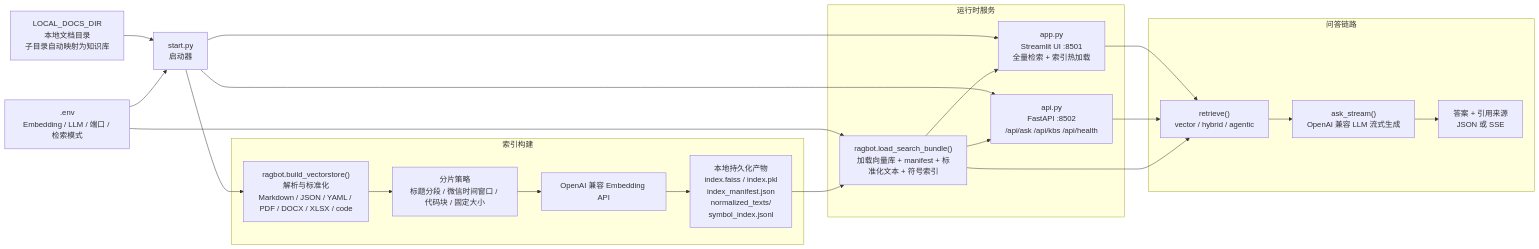
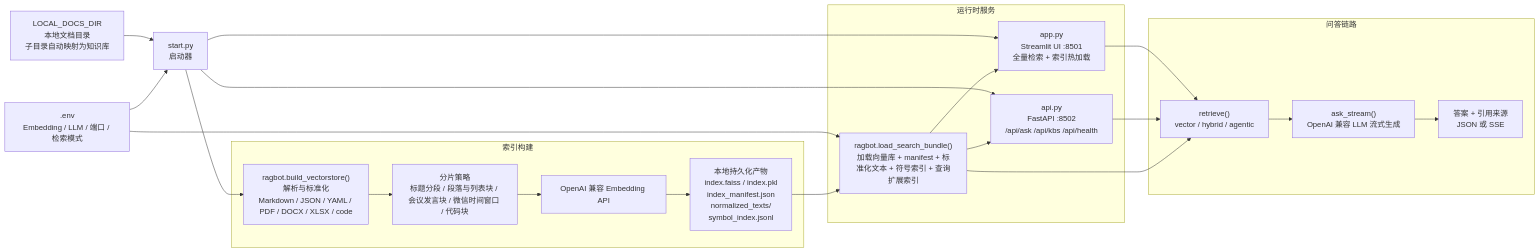
The first of 2 diagrams in README.zh-CN.md (yahuo/OpenCortex), drawn with Mermaid before and after one commit. The commit also changed other lines of this file and 12 other files, not shown here.

````diff
--- a/README.zh-CN.md
+++ b/README.zh-CN.md
@@ -32,37 +32,37 @@
 ```mermaid
 flowchart LR
     Docs["LOCAL_DOCS_DIR<br/>本地文档目录<br/>子目录自动映射为知识库"] --> Start["start.py<br/>启动器"]
     Env[".env<br/>Embedding / LLM / 端口 / 检索模式"] --> Start
 
     subgraph Build["索引构建"]
         Parse["ragbot.build_vectorstore()<br/>解析与标准化<br/>Markdown / JSON / YAML / PDF / DOCX / XLSX / code"]
-        Chunk["分片策略<br/>标题分段 / 微信时间窗口 / 代码块 / 固定大小"]
+        Chunk["分片策略<br/>标题分段 / 段落与列表块 / 会议发言块 / 微信时间窗口 / 代码块"]
         Embed["OpenAI 兼容 Embedding API"]
         Persist["本地持久化产物<br/>index.faiss / index.pkl<br/>index_manifest.json<br/>normalized_texts/<br/>symbol_index.jsonl"]
     end
 
     subgraph Runtime["运行时服务"]
-        Bundle["ragbot.load_search_bundle()<br/>加载向量库 + manifest + 标准化文本 + 符号索引"]
+        Bundle["ragbot.load_search_bundle()<br/>加载向量库 + manifest + 标准化文本 + 符号索引 + 查询扩展索引"]
         App["app.py<br/>Streamlit UI :8501<br/>全量检索 + 索引热加载"]
         API["api.py<br/>FastAPI :8502<br/>/api/ask /api/kbs /api/health"]
     end
 
     subgraph Query["问答链路"]
         Retrieve["retrieve()<br/>vector / hybrid / agentic"]
         LLM["ask_stream()<br/>OpenAI 兼容 LLM 流式生成"]
         Output["答案 + 引用来源<br/>JSON 或 SSE"]
     end
 
     Start --> Parse
     Parse --> Chunk --> Embed --> Persist
     Start --> App
     Start --> API
     Env --> Bundle
     Persist --> Bundle
     Bundle --> App
     Bundle --> API
     App --> Retrieve
     API --> Retrieve
     Bundle --> Retrieve
     Retrieve --> LLM --> Output
 ```
````
